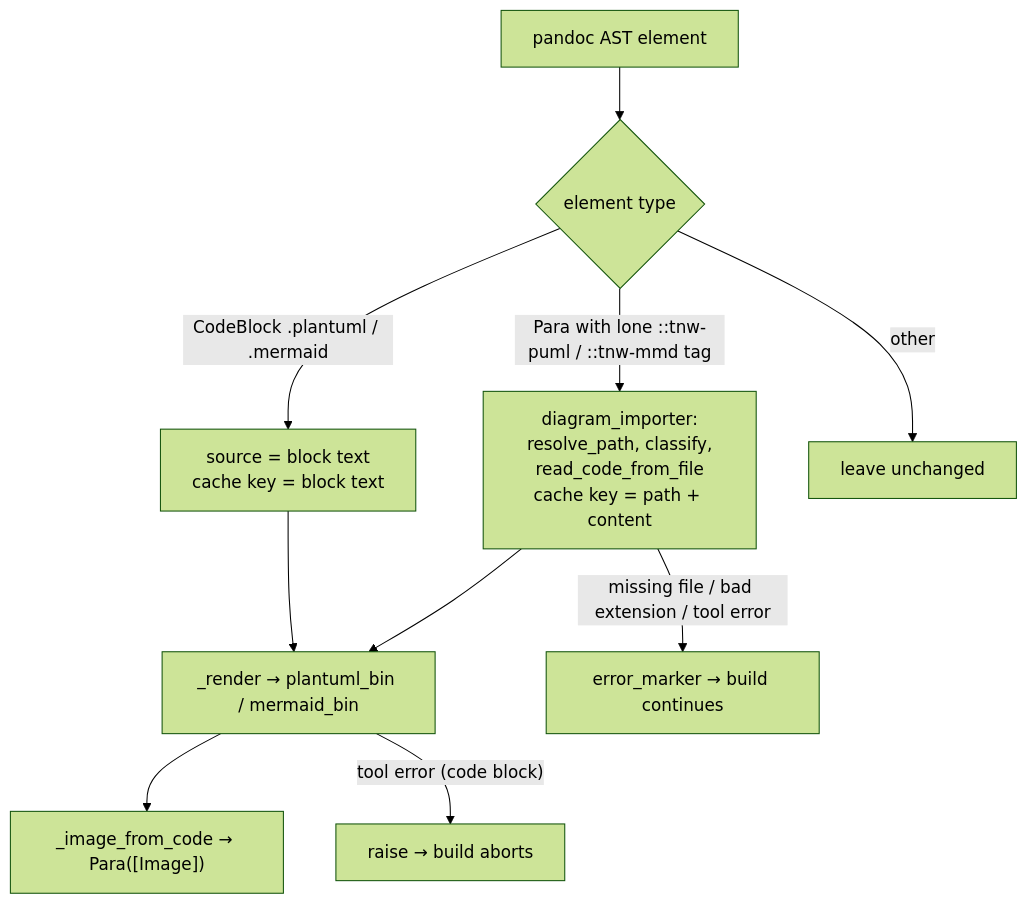
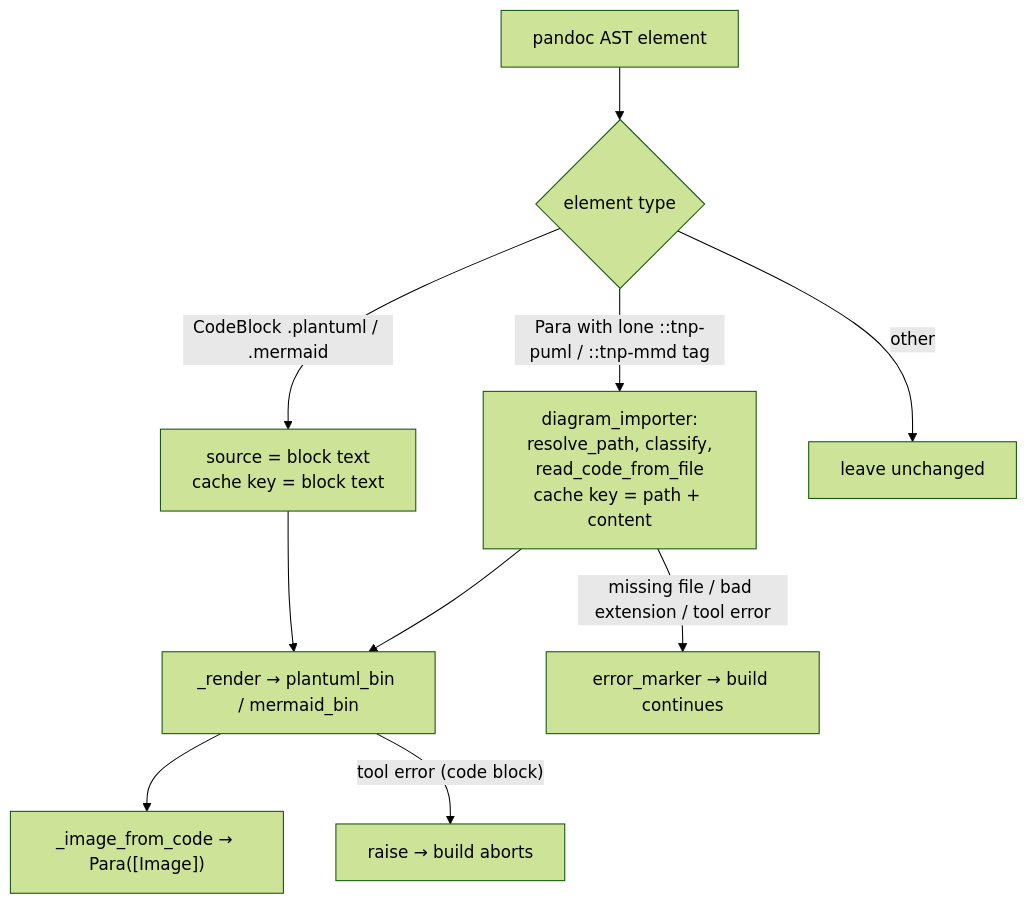
Before and after one commit to dgerod/tnp: the second of 10 diagrams in docs/design.md, drawn with Mermaid (forest theme). The commit also changed other lines of this file and 116 other files, not shown here.

First line of the commit message:
refactor!: rename 'tnw' to 'tnp'

````diff
--- a/docs/design.md
+++ b/docs/design.md
@@ -174,12 +174,12 @@
 ```mermaid
 flowchart TD
     A["pandoc AST element"] --> B{"element type"}
     B -- "CodeBlock .plantuml / .mermaid" --> C["source = block text<br/>cache key = block text"]
-    B -- "Para with lone ::tnw-puml / ::tnw-mmd tag" --> D["diagram_importer:<br/>resolve_path, classify,<br/>read_code_from_file<br/>cache key = path + content"]
+    B -- "Para with lone ::tnp-puml / ::tnp-mmd tag" --> D["diagram_importer:<br/>resolve_path, classify,<br/>read_code_from_file<br/>cache key = path + content"]
     B -- other --> Z["leave unchanged"]
     C --> R["_render → plantuml_bin / mermaid_bin"]
     D --> R
     R --> I["_image_from_code → Para([Image])"]
     R -- "tool error (code block)" --> X["raise → build aborts"]
     D -- "missing file / bad extension / tool error" --> M["error_marker → build continues"]
 ```
````
